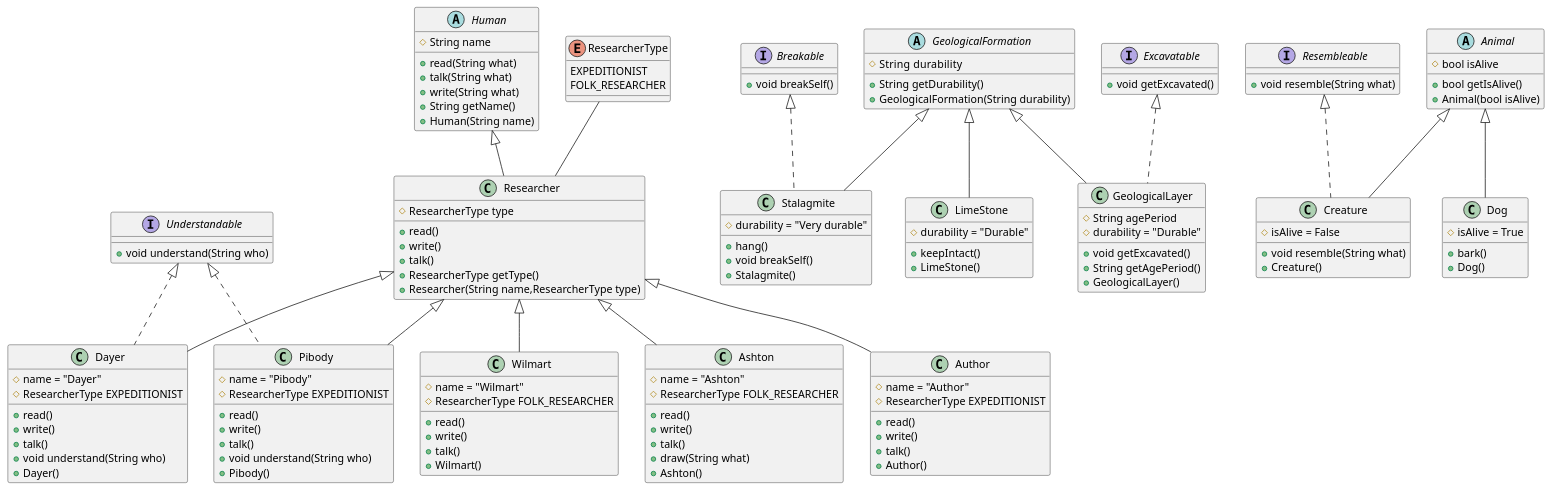
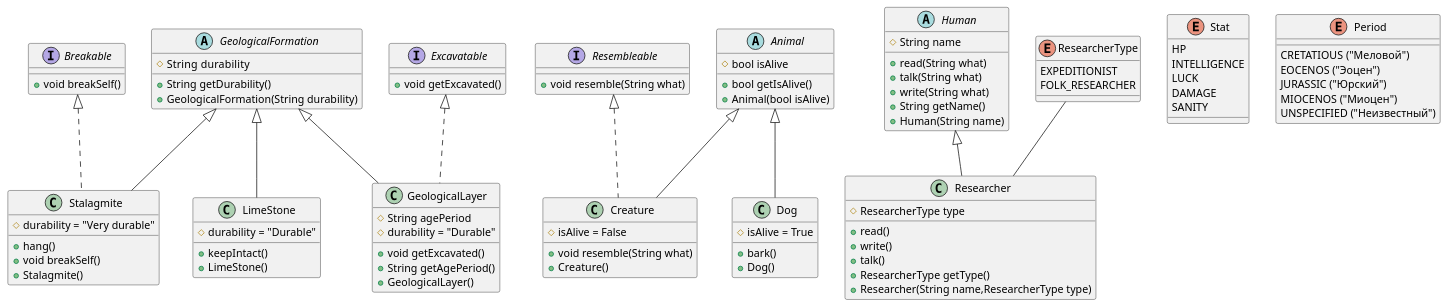
Before and after one commit to shib-a/Lab_8: the diagram in src/main/java/org/example/diagram.puml, drawn with PlantUML. The commit also changed 15 other files, not shown here.

```diff
--- a/src/main/java/org/example/diagram.puml
+++ b/src/main/java/org/example/diagram.puml
@@ -1,119 +1,87 @@
 @startuml
 
-interface Understandable{
-    + void understand(String who)
-}
 interface Breakable{
     + void breakSelf()
 }
 interface Resembleable{
     + void resemble(String what)
 }
 interface Excavatable{
     + void getExcavated()
 }
 
 abstract class Human{
      # String name
      + read(String what)
      + talk(String what)
      + write(String what)
      + String getName()
      + Human(String name)
 }
 abstract class GeologicalFormation{
     # String  durability
     + String getDurability()
     + GeologicalFormation(String durability)
 }
 abstract class Animal{
     # bool isAlive
     + bool getIsAlive()
     + Animal(bool isAlive)
 }
 
+enum Stat{
+    HP
+    INTELLIGENCE
+    LUCK
+    DAMAGE
+    SANITY
+}
+enum Period{
+    CRETATIOUS ("Меловой")
+    EOCENOS ("Эоцен")
+    JURASSIC ("Юрский")
+    MIOCENOS ("Миоцен")
+    UNSPECIFIED ("Неизвестный")
+}
 enum ResearcherType{
     EXPEDITIONIST
     FOLK_RESEARCHER
 }
 ResearcherType -- Researcher
 class Researcher extends Human{
     # ResearcherType type
     + read()
     + write()
     + talk()
     + ResearcherType getType()
     + Researcher(String name,ResearcherType type)
 }
 class Creature extends Animal implements Resembleable{
     # isAlive = False
     + void resemble(String what)
     + Creature()
 }
 class Dog extends Animal{
     # isAlive = True
     + bark()
     + Dog()
 }
 class GeologicalLayer extends GeologicalFormation implements Excavatable{
     # String agePeriod
     #durability = "Durable"
     + void getExcavated()
     + String getAgePeriod()
     + GeologicalLayer()
 }
 class Stalagmite extends GeologicalFormation implements Breakable{
     # durability = "Very durable"
     + hang()
     + void breakSelf()
     + Stalagmite()
 }
 class LimeStone extends GeologicalFormation{
     # durability = "Durable"
     + keepIntact()
     + LimeStone()
 }
-class Pibody extends Researcher implements Understandable{
-    # name = "Pibody"
-    # ResearcherType EXPEDITIONIST
-    + read()
-    + write()
-    + talk()
-    + void understand(String who)
-    + Pibody()
-}
-class Dayer extends Researcher implements Understandable{
-    # name = "Dayer"
-    # ResearcherType EXPEDITIONIST
-    + read()
-    + write()
-    + talk()
-    + void understand(String who)
-    + Dayer()
-}
-class Wilmart extends Researcher{
-    # name = "Wilmart"
-    # ResearcherType FOLK_RESEARCHER
-    + read()
-    + write()
-    + talk()
-    + Wilmart()
-}
-class Ashton extends Researcher{
-    # name = "Ashton"
-    # ResearcherType FOLK_RESEARCHER
-    + read()
-    + write()
-    + talk()
-    + draw(String what)
-    + Ashton()
-}
-class Author extends Researcher{
-    # name = "Author"
-    # ResearcherType EXPEDITIONIST
-    + read()
-    + write()
-    + talk()
-    + Author()
-}
 @enduml
```
